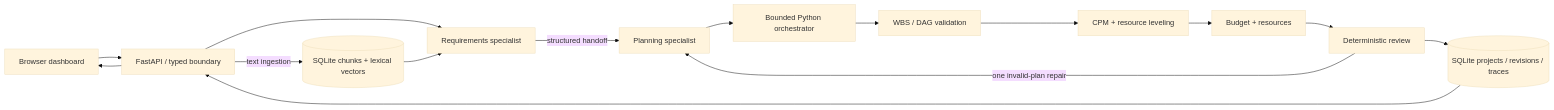
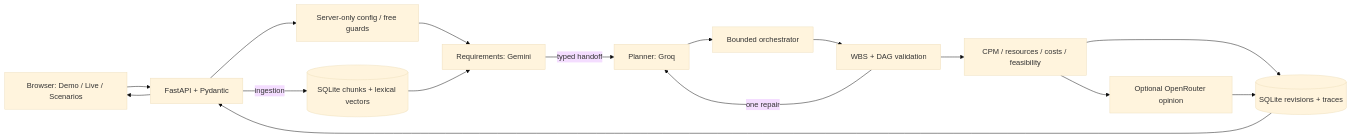
The diagram in README.md (Steveaub/agentic-ai-project-manager), drawn with Mermaid (base theme) before and after one commit. The commit also changed other lines of this file and 18 other files, not shown here.

````diff
--- a/README.md
+++ b/README.md
@@ -63,17 +61,18 @@
 ```mermaid
 flowchart LR
-    UI[Browser dashboard] --> API[FastAPI / typed boundary]
-    API --> R[Requirements specialist]
+    UI[Browser: Demo / Live / Scenarios] --> API[FastAPI + Pydantic]
+    API --> CFG[Server-only config / free guards]
+    CFG --> R[Requirements: Gemini]
     DB[(SQLite chunks + lexical vectors)] --> R
-    R -->|structured handoff| P[Planning specialist]
-    P --> O[Bounded Python orchestrator]
-    O --> V[WBS / DAG validation]
-    V --> S[CPM + resource leveling]
-    S --> B[Budget + resources]
-    B --> C[Deterministic review]
-    C -->|one invalid-plan repair| P
-    C --> STATE[(SQLite projects / revisions / traces)]
+    R -->|typed handoff| P[Planner: Groq]
+    P --> O[Bounded orchestrator]
+    O --> V[WBS + DAG validation]
+    V --> T[CPM / resources / costs / feasibility]
+    V -->|one repair| P
+    T --> REVIEW[Optional OpenRouter opinion]
+    T --> STATE[(SQLite revisions + traces)]
+    REVIEW --> STATE
     STATE --> API
     API --> UI
-    API -->|text ingestion| DB
+    API -->|ingestion| DB
 ```
````
